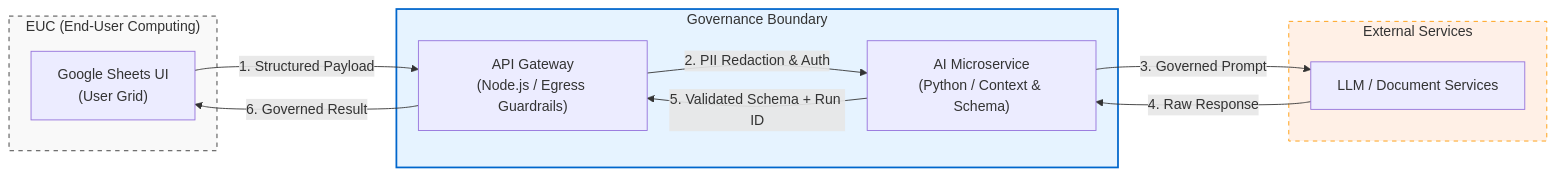
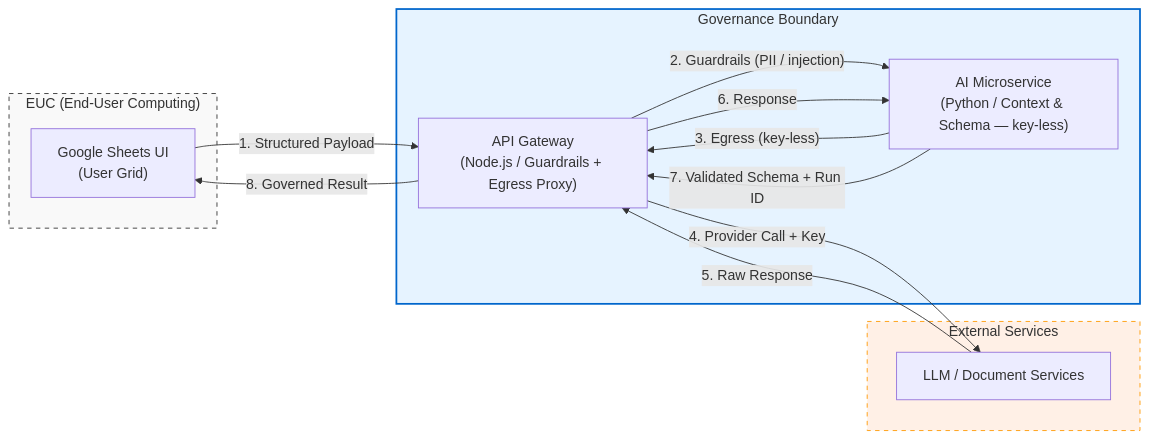
The diagram in README.md (VincentChong123/euc-ai-governance), drawn with Mermaid before and after one commit. The commit also changed other lines of this file and 20 other files, not shown here.

````diff
--- a/README.md
+++ b/README.md
@@ -28,27 +29,29 @@
 ```mermaid
 flowchart LR
     subgraph EUC["EUC (End-User Computing)"]
         UI["Google Sheets UI<br/>(User Grid)"]
     end
 
     subgraph Governance["Governance Boundary"]
-        Gateway["API Gateway<br/>(Node.js / Egress Guardrails)"]
-        AI_Service["AI Microservice<br/>(Python / Context & Schema)"]
+        Gateway["API Gateway<br/>(Node.js / Guardrails + Egress Proxy)"]
+        AI_Service["AI Microservice<br/>(Python / Context & Schema — key-less)"]
     end
 
     subgraph External["External Services"]
         LLM["LLM / Document Services"]
     end
 
     UI -- "1. Structured Payload" --> Gateway
-    Gateway -- "2. PII Redaction & Auth" --> AI_Service
-    AI_Service -- "3. Governed Prompt" --> LLM
-    LLM -- "4. Raw Response" --> AI_Service
-    AI_Service -- "5. Validated Schema + Run ID" --> Gateway
-    Gateway -- "6. Governed Result" --> UI
+    Gateway -- "2. Guardrails (PII / injection)" --> AI_Service
+    AI_Service -- "3. Egress (key-less)" --> Gateway
+    Gateway -- "4. Provider Call + Key" --> LLM
+    LLM -- "5. Raw Response" --> Gateway
+    Gateway -- "6. Response" --> AI_Service
+    AI_Service -- "7. Validated Schema + Run ID" --> Gateway
+    Gateway -- "8. Governed Result" --> UI
 
     %% Styling
     style EUC fill:#f9f9f9,stroke:#333,stroke-dasharray: 5 5
     style Governance fill:#e6f3ff,stroke:#0066cc,stroke-width:2px
     style External fill:#fff0e6,stroke:#ff9900,stroke-dasharray: 5 5
 ```
````
